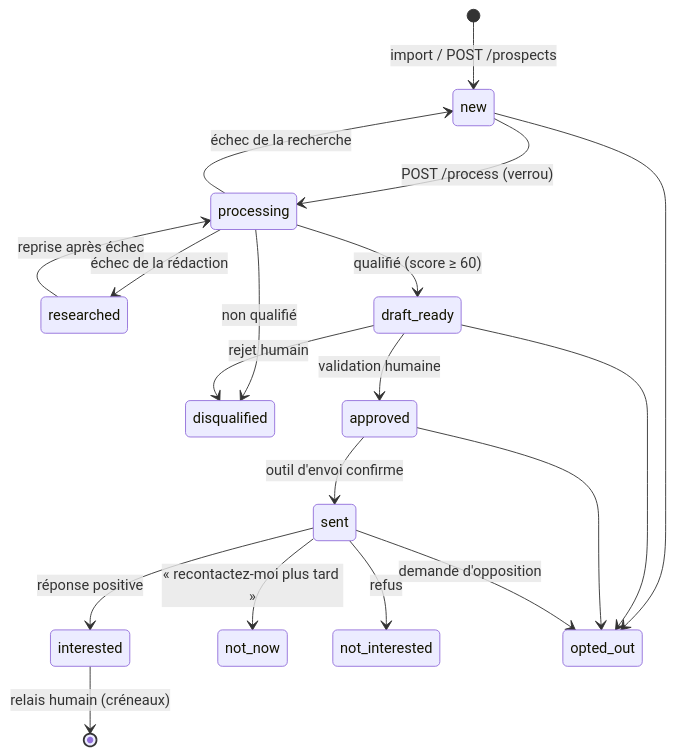
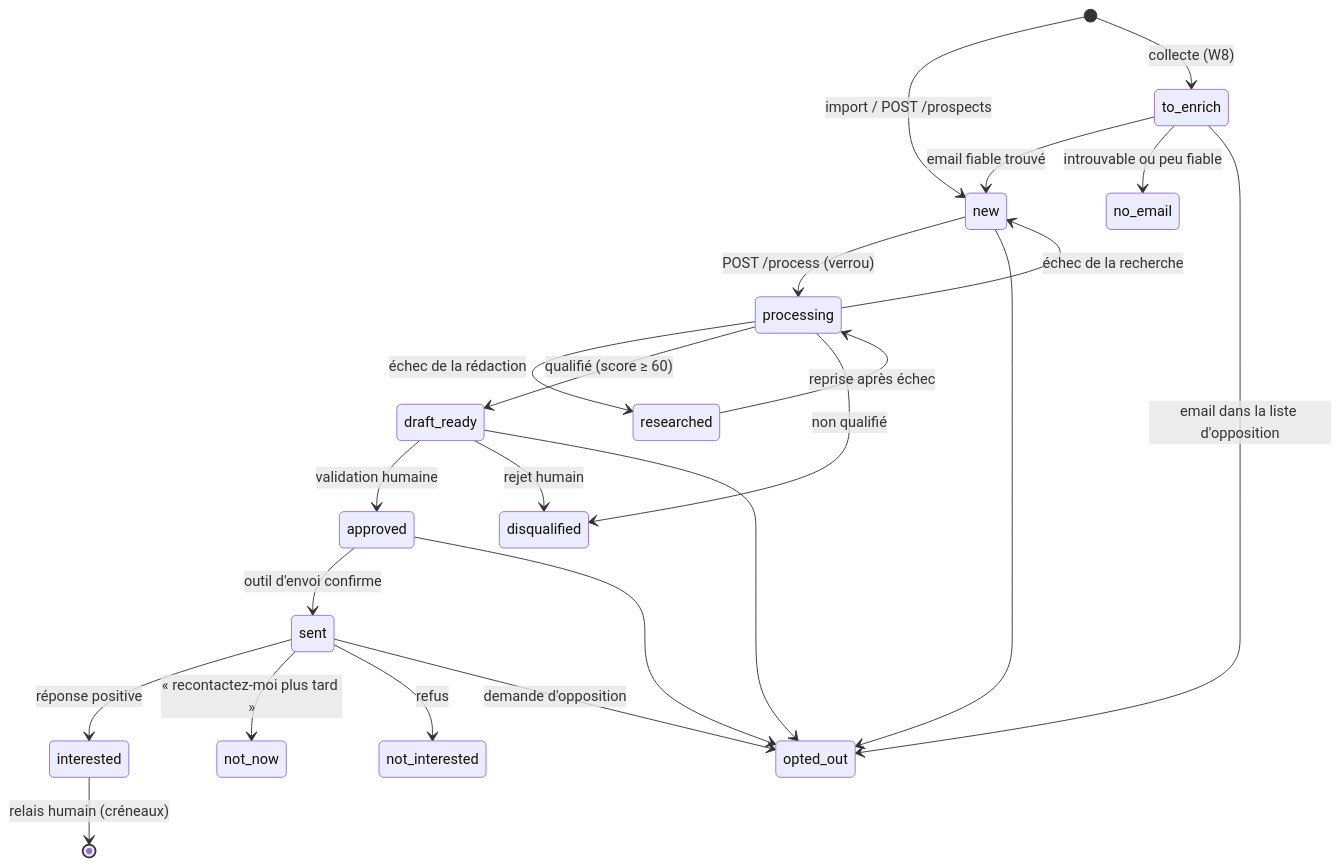
The third of 3 diagrams in docs/ARCHITECTURE.md (lboitel/prospecting-agent), drawn with Mermaid before and after one commit. The commit also changed other lines of this file and 16 other files, not shown here.

````diff
--- a/docs/ARCHITECTURE.md
+++ b/docs/ARCHITECTURE.md
@@ -255,22 +278,26 @@
 ```mermaid
 stateDiagram-v2
     [*] --> new : import / POST /prospects
+    [*] --> to_enrich : collecte (W8)
+    to_enrich --> new : email fiable trouvé
+    to_enrich --> no_email : introuvable ou peu fiable
+    to_enrich --> opted_out : email dans la liste d'opposition
     new --> processing : POST /process (verrou)
     researched --> processing : reprise après échec
     processing --> researched : échec de la rédaction
     processing --> new : échec de la recherche
     processing --> draft_ready : qualifié (score ≥ 60)
     processing --> disqualified : non qualifié
     draft_ready --> approved : validation humaine
     draft_ready --> disqualified : rejet humain
     approved --> sent : outil d'envoi confirme
     sent --> interested : réponse positive
     sent --> not_now : « recontactez-moi plus tard »
     sent --> not_interested : refus
     interested --> [*] : relais humain (créneaux)
 
     new --> opted_out
     draft_ready --> opted_out
     approved --> opted_out
     sent --> opted_out : demande d'opposition
 ```
````
